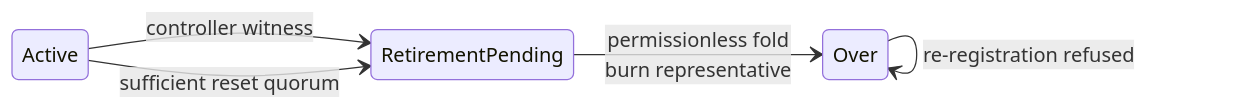
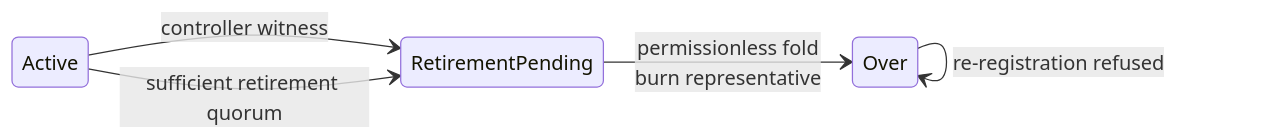
One commit to lambdasistemi/singular changed the fourth of 4 diagrams in docs/naming-lifecycle.md. Above: the diagram before and after it, drawn with Mermaid. The commit also changed other lines of this file and 19 other files, not shown here.

````diff
--- a/docs/naming-lifecycle.md
+++ b/docs/naming-lifecycle.md
@@ -59,8 +59,8 @@
 ```mermaid
 stateDiagram-v2
   direction LR
   Active --> RetirementPending: controller witness
-  Active --> RetirementPending: sufficient reset quorum
+  Active --> RetirementPending: sufficient retirement quorum
   RetirementPending --> Over: permissionless fold<br/>burn representative
   Over --> Over: re-registration refused
 ```
````
